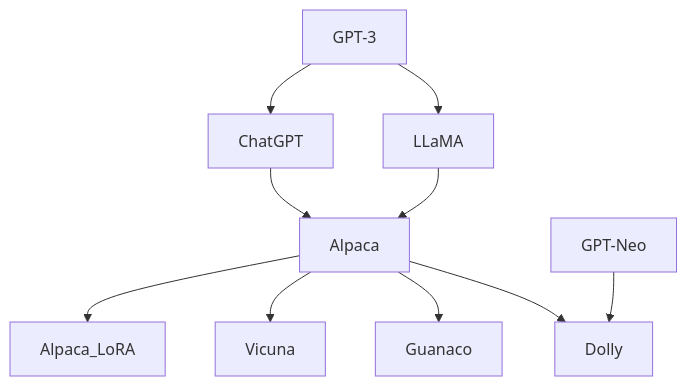
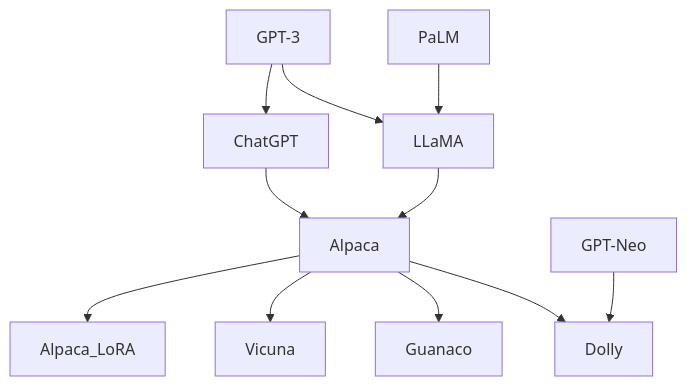
The tenth of 11 diagrams in doc/llm.md (ted-sharp/chatvox), drawn with Mermaid before and after one commit. The commit also changed other lines of this file, not shown here.

````diff
--- a/doc/llm.md
+++ b/doc/llm.md
@@ -408,13 +421,14 @@
 ```mermaid
 flowchart
 
 GPT-3  --> LLaMA
+PaLM --> LLaMA
 GPT-3 --> ChatGPT --> Alpaca
 LLaMA --> Alpaca
 Alpaca --> Alpaca_LoRA
 Alpaca --> Vicuna
 Alpaca --> Guanaco
 Alpaca --> Dolly
 GPT-Neo --> Dolly
 
 ```
````
